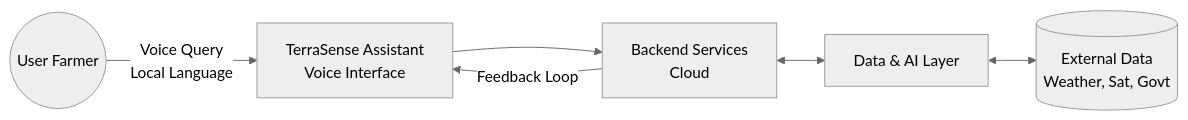
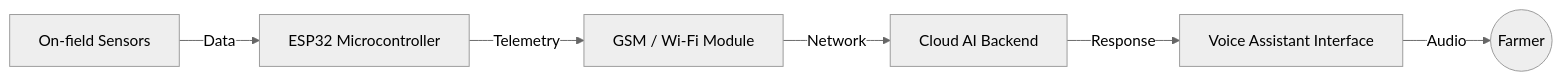
One commit to sohansa035-bot/TerraSense changed the second of 2 diagrams in README.md. Above: the diagram before and after it, drawn with Mermaid (neutral theme). The commit also changed other lines of this file, not shown here.

````diff
--- a/README.md
+++ b/README.md
@@ -85,14 +70,15 @@
 ```mermaid
 graph LR
-    User((User Farmer))
-    Voice[TerraSense Assistant <br> Voice Interface]
-    Cloud[Backend Services <br> Cloud]
-    AI[Data & AI Layer]
-    Ext[(External Data <br> Weather, Sat, Govt)]
+    Sensors[On-field Sensors]
+    ESP[ESP32 Microcontroller]
+    GSM[GSM / Wi-Fi Module]
+    Cloud[Cloud AI Backend]
+    Voice[Voice Assistant Interface]
+    Farmer((Farmer))
 
-    User -->|Voice Query <br> Local Language| Voice
-    Voice --> Cloud
-    Cloud <--> AI
-    AI <--> Ext
-    Cloud -->|Feedback Loop| Voice
+    Sensors -->|Data| ESP
+    ESP -->|Telemetry| GSM
+    GSM -->|Network| Cloud
+    Cloud -->|Response| Voice
+    Voice -->|Audio| Farmer
 ```
````
